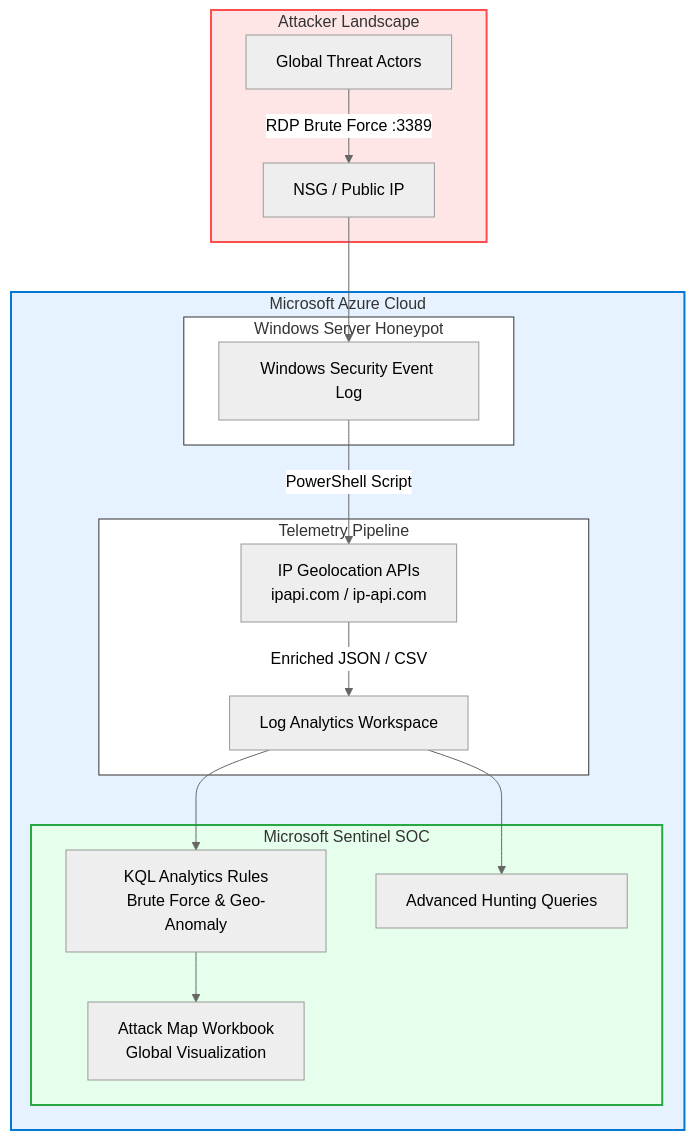
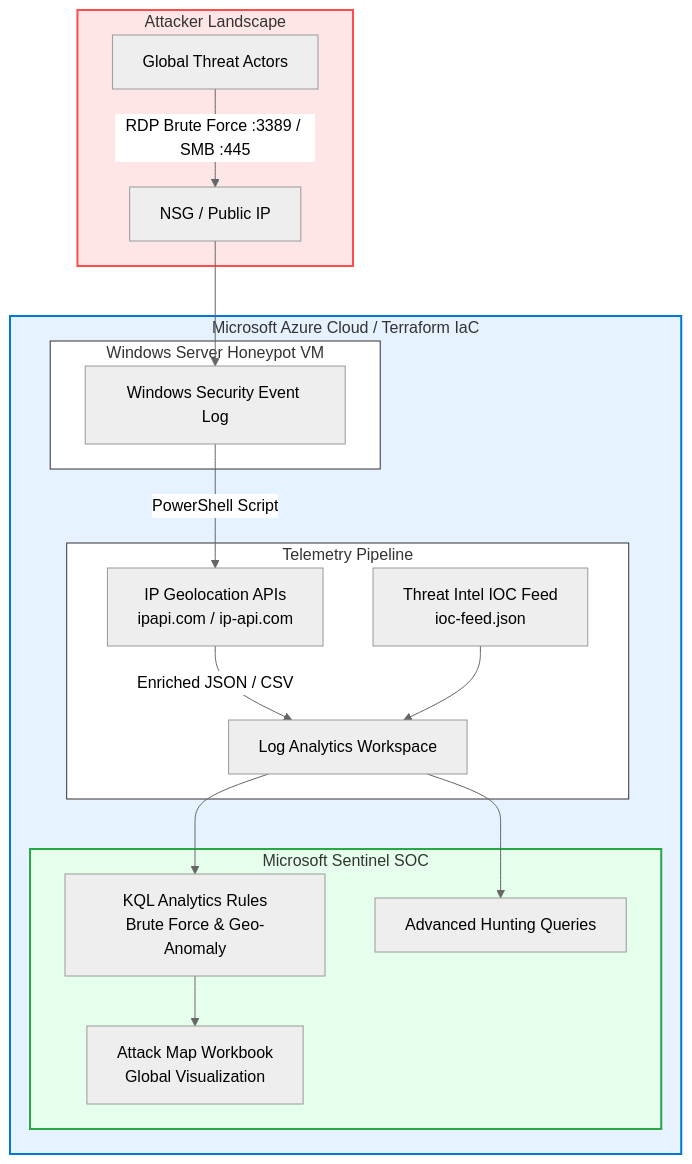
One commit to ajit028/azure-sentinel-honeypot changed the diagram in README.md. Above: the diagram before and after it, drawn with Mermaid (neutral theme). The commit also changed other lines of this file and 4 other files, not shown here.

Commit message:
Enhance Azure Sentinel Honeypot: Add enterprise Terraform IaC, PyTest unit tests, GitHub Actions CI/CD workflow, threat-intel IOC feed, and updated README

````diff
--- a/README.md
+++ b/README.md
@@ -15,29 +18,30 @@
 ```mermaid
 graph TD
     subgraph Internet [Attacker Landscape]
-        A1[Global Threat Actors] -->|RDP Brute Force :3389| B1
+        A1[Global Threat Actors] -->|RDP Brute Force :3389 / SMB :445| B1
     end
 
-    subgraph Azure_Cloud [Microsoft Azure Cloud]
-        subgraph Honeypot_VM [Windows Server Honeypot]
+    subgraph Azure_Cloud [Microsoft Azure Cloud / Terraform IaC]
+        subgraph Honeypot_VM [Windows Server Honeypot VM]
             B1[NSG / Public IP] --> B2[Windows Security Event Log]
         end
 
         subgraph Ingestion_Pipeline [Telemetry Pipeline]
             B2 -->|PowerShell Script| C1[IP Geolocation APIs<br/>ipapi.com / ip-api.com]
             C1 -->|Enriched JSON / CSV| C2[Log Analytics Workspace]
+            TI[Threat Intel IOC Feed<br/>ioc-feed.json] --> C2
         end
 
         subgraph SIEM_SOC [Microsoft Sentinel SOC]
             C2 --> D1[KQL Analytics Rules<br/>Brute Force & Geo-Anomaly]
             C2 --> D2[Advanced Hunting Queries]
             D1 --> D3[Attack Map Workbook<br/>Global Visualization]
         end
     end
 
     style Internet fill:#ffe6e6,stroke:#ff4d4d,stroke-width:2px
     style Azure_Cloud fill:#e6f2ff,stroke:#0078D4,stroke-width:2px
     style Honeypot_VM fill:#fff,stroke:#333,stroke-width:1px
     style Ingestion_Pipeline fill:#fff,stroke:#333,stroke-width:1px
     style SIEM_SOC fill:#e6ffed,stroke:#28a745,stroke-width:2px
 ```
````
